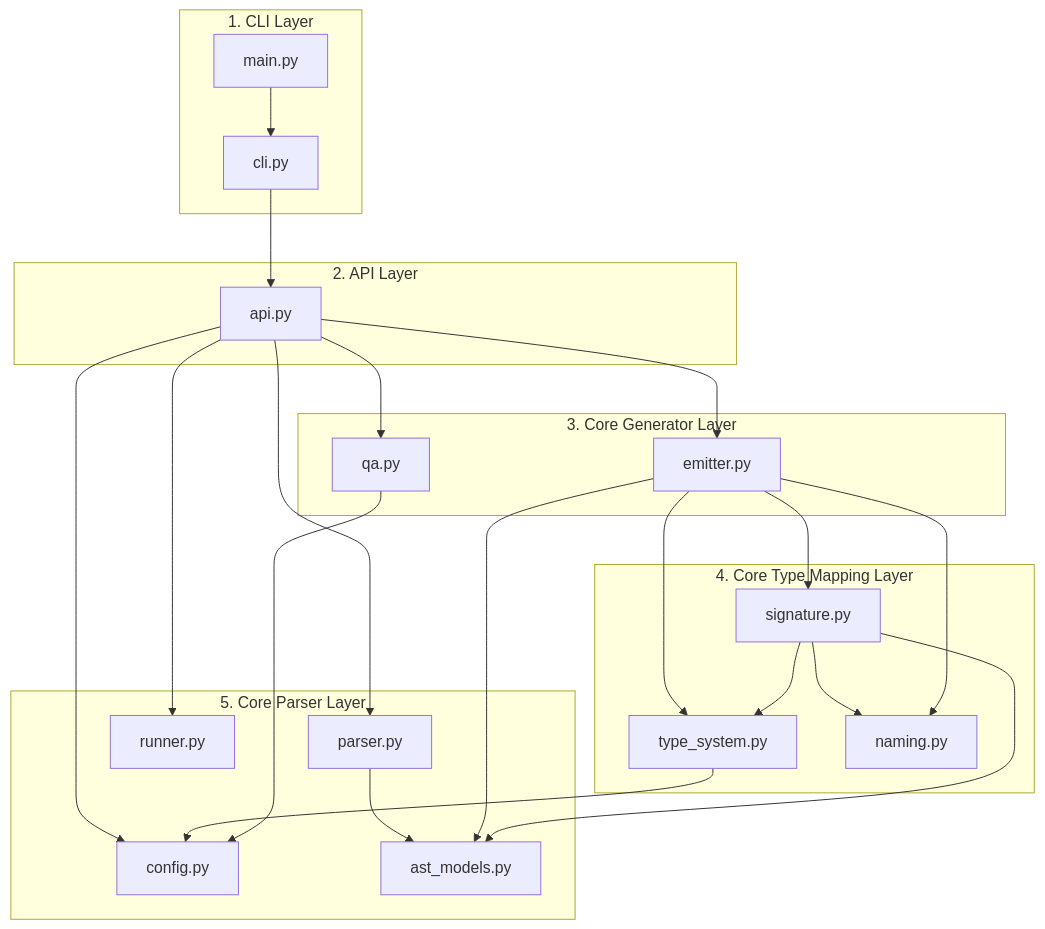
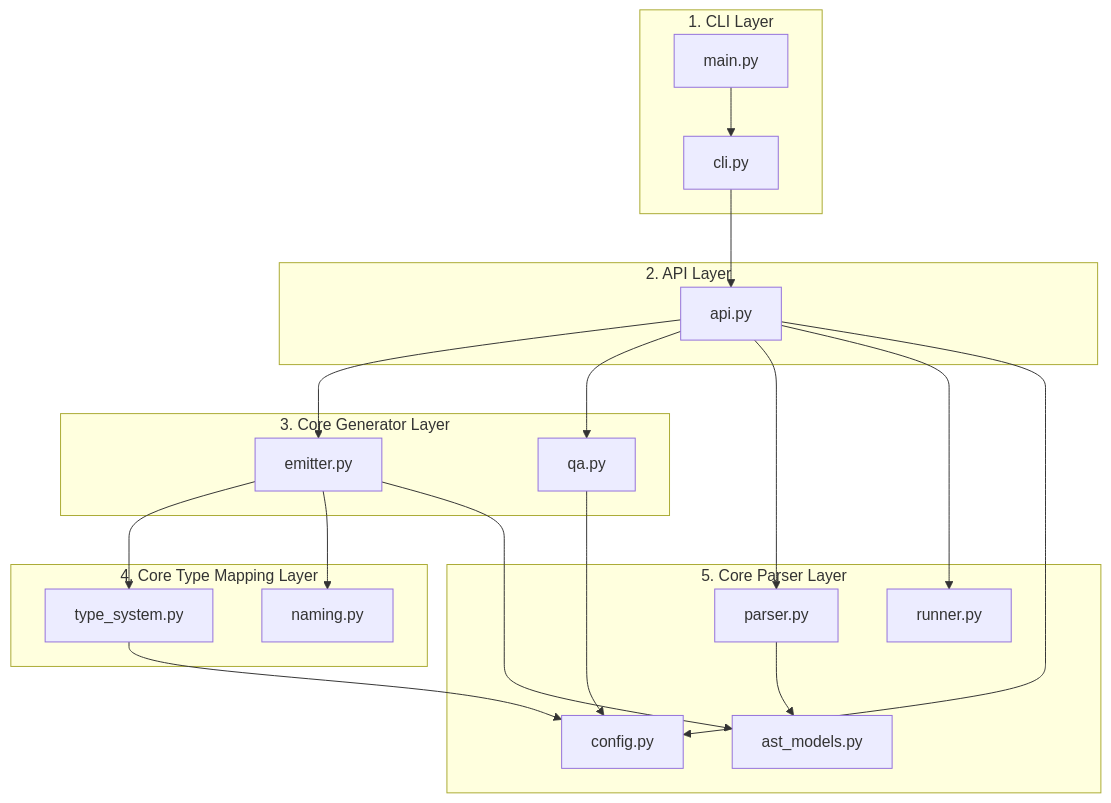
The diagram in docs/architecture.md (bwrob/swig2pyi), drawn with Mermaid before and after one commit. The commit also changed other lines of this file and 5 other files, not shown here.

````diff
--- a/docs/architecture.md
+++ b/docs/architecture.md
@@ -9,34 +9,30 @@
 ```mermaid
 graph TD
     subgraph CLI Layer [1. CLI Layer]
         swig2pyi.main[main.py] --> swig2pyi.cli[cli.py]
     end
 
     subgraph API Layer [2. API Layer]
         swig2pyi.cli --> swig2pyi.api[api.py]
     end
 
     subgraph Core Generator Layer [3. Core Generator Layer]
         swig2pyi.api --> swig2pyi.core.emitter[emitter.py]
         swig2pyi.api --> swig2pyi.core.qa[qa.py]
     end
 
     subgraph Core Type Mapping Layer [4. Core Type Mapping Layer]
-        swig2pyi.core.emitter --> swig2pyi.core.signature[signature.py]
         swig2pyi.core.emitter --> swig2pyi.core.type_system[type_system.py]
-        swig2pyi.core.signature --> swig2pyi.core.type_system
-        swig2pyi.core.signature --> swig2pyi.core.naming[naming.py]
-        swig2pyi.core.emitter --> swig2pyi.core.naming
+        swig2pyi.core.emitter --> swig2pyi.core.naming[naming.py]
     end
 
     subgraph Core Parser Layer [5. Core Parser Layer]
         swig2pyi.api --> swig2pyi.core.parser[parser.py]
         swig2pyi.api --> swig2pyi.core.runner[runner.py]
         swig2pyi.api --> swig2pyi.core.config[config.py]
         swig2pyi.core.parser --> swig2pyi.core.ast_models[ast_models.py]
         swig2pyi.core.emitter --> swig2pyi.core.ast_models
-        swig2pyi.core.signature --> swig2pyi.core.ast_models
         swig2pyi.core.type_system --> swig2pyi.core.config
         swig2pyi.core.qa --> swig2pyi.core.config
     end
 ```
````
